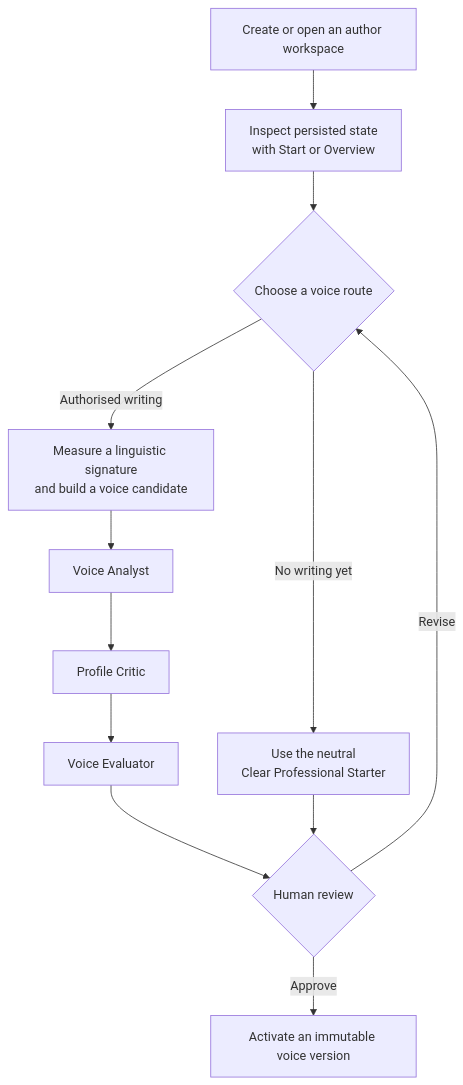
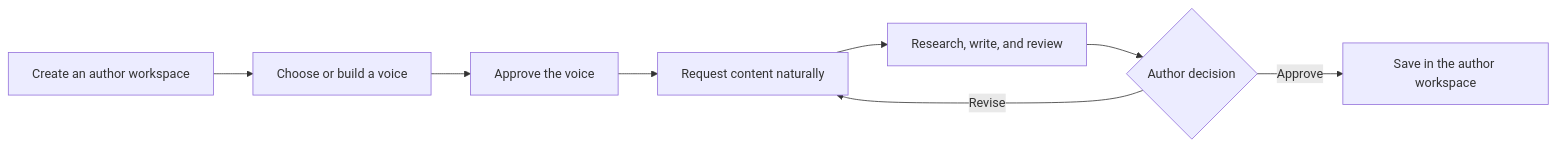
One commit to vadhoob90/Content_Creator_Core changed the diagram in README.md. Above: the diagram before and after it, drawn with Mermaid. The commit also changed other lines of this file and 1 other file, not shown here.

````diff
--- a/README.md
+++ b/README.md
@@ -64,14 +37,10 @@
 ```mermaid
-flowchart TD
-    A["Create or open an author workspace"] --> B["Inspect persisted state<br/>with Start or Overview"]
-    B --> C{"Choose a voice route"}
-    C -->|"Authorised writing"| D["Measure a linguistic signature<br/>and build a voice candidate"]
-    D --> E["Voice Analyst"]
-    E --> F["Profile Critic"]
-    F --> G["Voice Evaluator"]
-    C -->|"No writing yet"| H["Use the neutral<br/>Clear Professional Starter"]
-    G --> I{"Human review"}
-    H --> I
-    I -->|"Approve"| J["Activate an immutable voice version"]
-    I -->|"Revise"| C
+flowchart LR
+    A["Create an author workspace"] --> B["Choose or build a voice"]
+    B --> C["Approve the voice"]
+    C --> D["Request content naturally"]
+    D --> E["Research, write, and review"]
+    E --> F{"Author decision"}
+    F -->|"Revise"| D
+    F -->|"Approve"| G["Save in the author workspace"]
 ```
````
